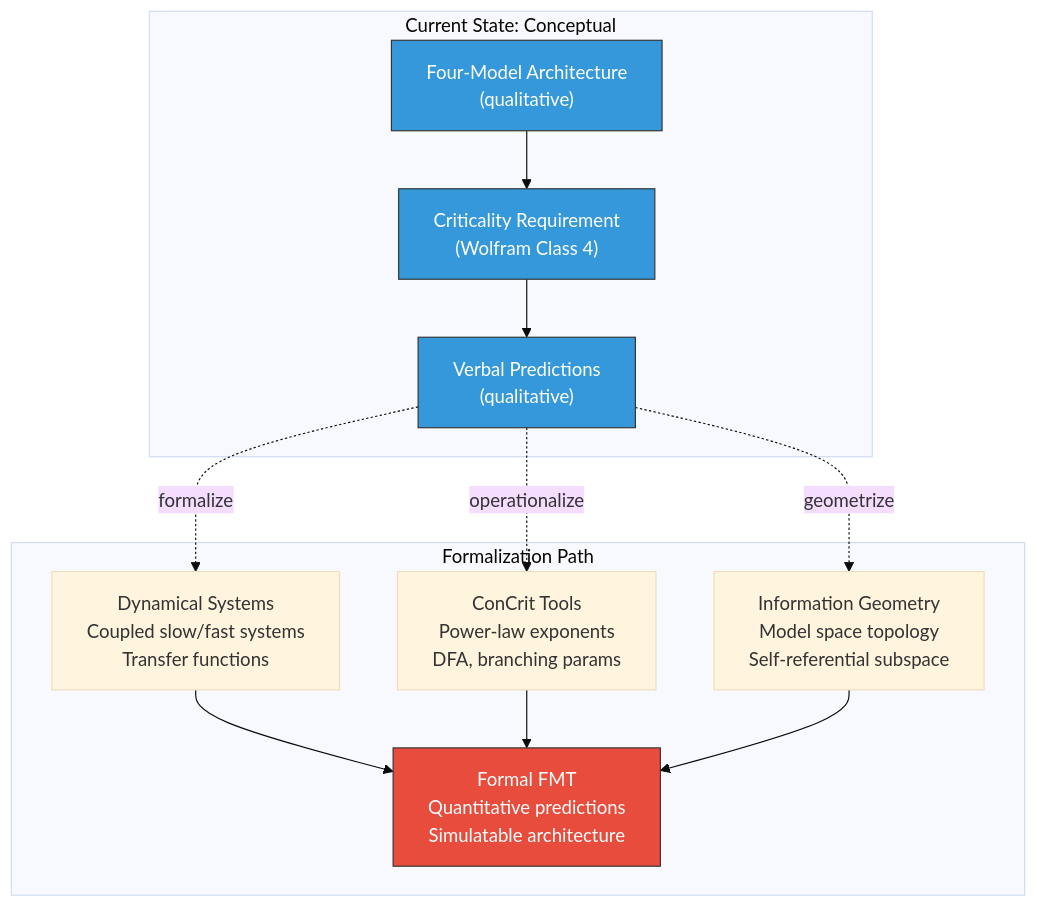
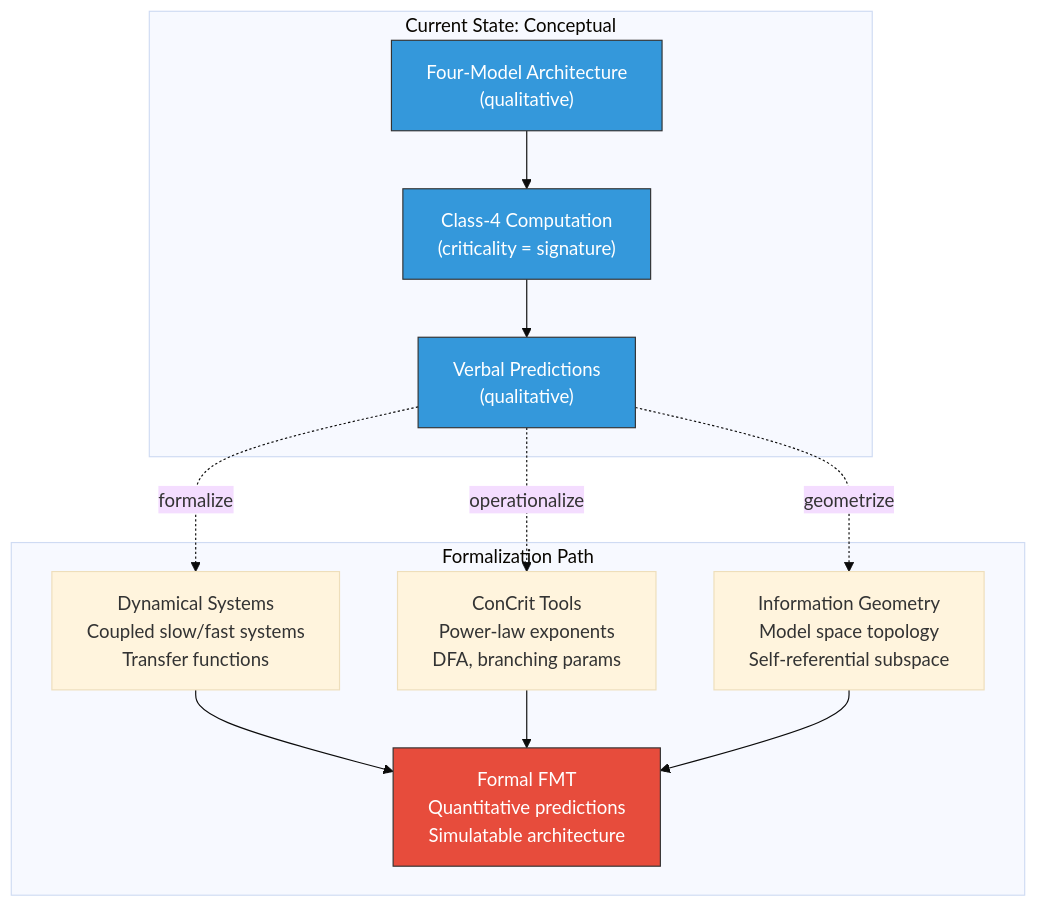
Before and after one commit to JeltzProstetnic/aIware: the diagram in wiki/formal/formalization.md, drawn with Mermaid (base theme). The commit also changed other lines of this file and 61 other files, not shown here.

````diff
--- a/wiki/formal/formalization.md
+++ b/wiki/formal/formalization.md
@@ -49,22 +49,22 @@
 ```mermaid
 graph TD
     subgraph "Current State: Conceptual"
-        A["Four-Model Architecture<br/>(qualitative)"] --> B["Criticality Requirement<br/>(Wolfram Class 4)"]
+        A["Four-Model Architecture<br/>(qualitative)"] --> B["Class-4 Computation<br/>(criticality = signature)"]
         B --> C["Verbal Predictions<br/>(qualitative)"]
     end
 
     subgraph "Formalization Path"
         D["Dynamical Systems<br/>Coupled slow/fast systems<br/>Transfer functions"] --> G["Formal FMT<br/>Quantitative predictions<br/>Simulatable architecture"]
         E["ConCrit Tools<br/>Power-law exponents<br/>DFA, branching params"] --> G
         F["Information Geometry<br/>Model space topology<br/>Self-referential subspace"] --> G
     end
 
     C -.->|"formalize"| D
     C -.->|"operationalize"| E
     C -.->|"geometrize"| F
 
     style G fill:#e74c3c,stroke:#333,color:#fff
     style A fill:#3498db,stroke:#333,color:#fff
     style B fill:#3498db,stroke:#333,color:#fff
     style C fill:#3498db,stroke:#333,color:#fff
 ```
````
